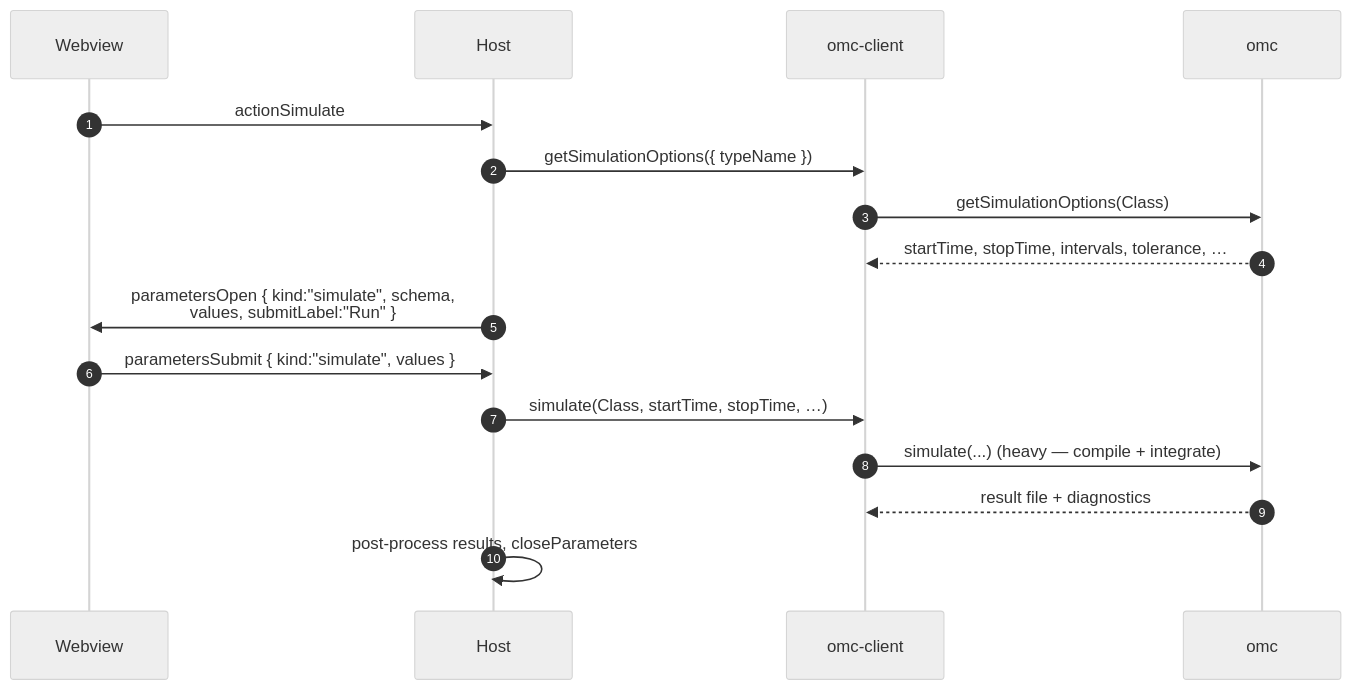
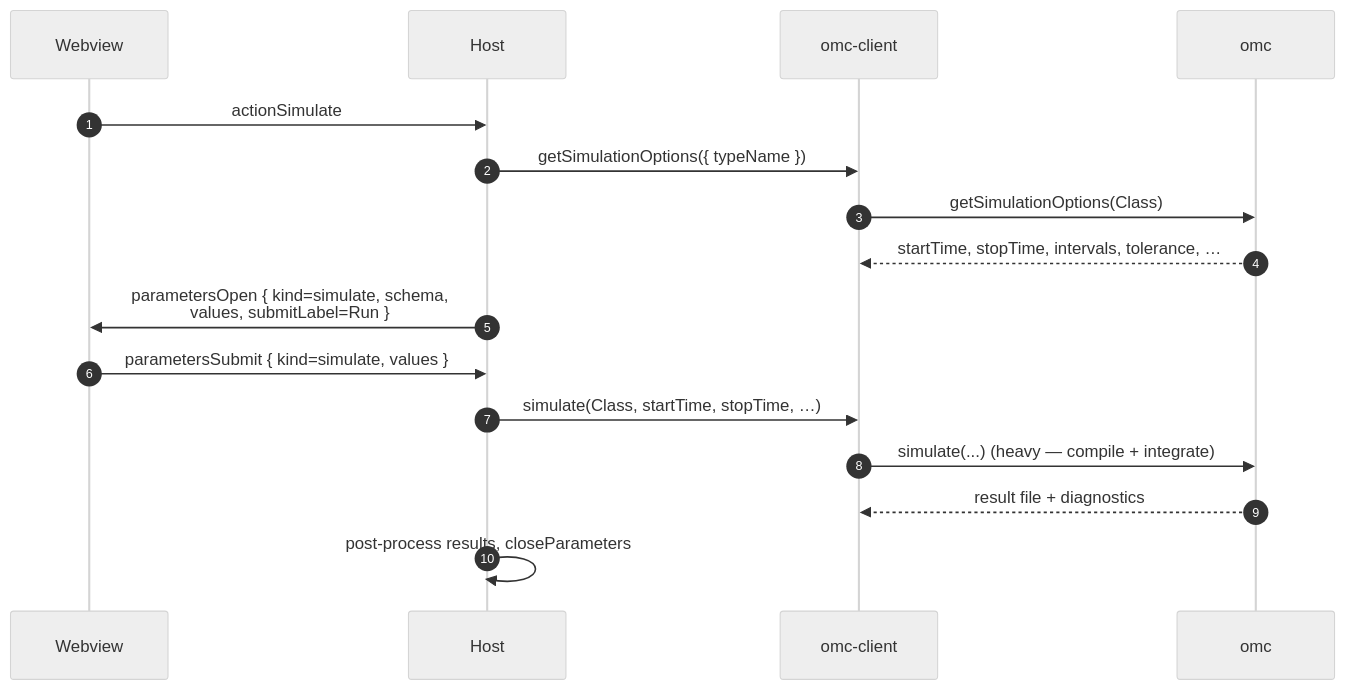
Before and after one commit to dicode-ayo/modelica-wrapper: the fourth of 5 diagrams in docs/parameter-panel.md, drawn with Mermaid (neutral theme). The commit also changed other lines of this file and 3 other files, not shown here.

````diff
--- a/docs/parameter-panel.md
+++ b/docs/parameter-panel.md
@@ -234,19 +234,19 @@
 ```mermaid
 sequenceDiagram
     autonumber
     participant W as Webview
     participant H as Host
     participant C as omc-client
     participant O as omc
 
     W->>H: actionSimulate
     H->>C: getSimulationOptions({ typeName })
     C->>O: getSimulationOptions(Class)
     O-->>C: startTime, stopTime, intervals, tolerance, …
-    H->>W: parametersOpen { kind:"simulate", schema,<br/>values, submitLabel:"Run" }
-    W->>H: parametersSubmit { kind:"simulate", values }
+    H->>W: parametersOpen { kind=simulate, schema,<br/>values, submitLabel=Run }
+    W->>H: parametersSubmit { kind=simulate, values }
     H->>C: simulate(Class, startTime, stopTime, …)
     C->>O: simulate(...)  (heavy — compile + integrate)
     O-->>C: result file + diagnostics
     H->>H: post-process results, closeParameters
 ```
````
